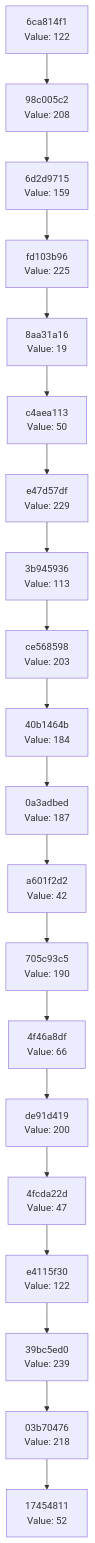
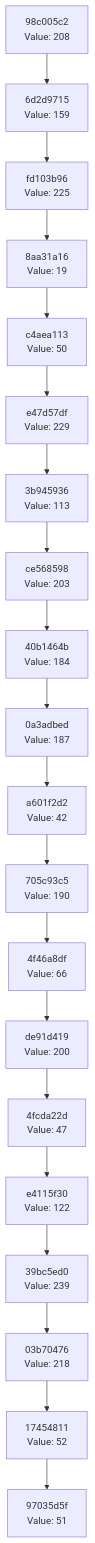
Before and after one commit to Abhisheksinha1506/hash-chain-evolver: the diagram in docs/CHAIN_VISUALIZATION.md, drawn with Mermaid. The commit also changed 2 other files, not shown here.

Commit message:
Evolution step: hash 0x33 → action executed

````diff
--- a/docs/CHAIN_VISUALIZATION.md
+++ b/docs/CHAIN_VISUALIZATION.md
@@ -3,42 +3,42 @@
 ```mermaid
 graph TD
-    C0["17454811<br/>Value: 52"]
-    C1["03b70476<br/>Value: 218"]
+    C0["97035d5f<br/>Value: 51"]
+    C1["17454811<br/>Value: 52"]
     C1 --> C0
-    C2["39bc5ed0<br/>Value: 239"]
+    C2["03b70476<br/>Value: 218"]
     C2 --> C1
-    C3["e4115f30<br/>Value: 122"]
+    C3["39bc5ed0<br/>Value: 239"]
     C3 --> C2
-    C4["4fcda22d<br/>Value: 47"]
+    C4["e4115f30<br/>Value: 122"]
     C4 --> C3
-    C5["de91d419<br/>Value: 200"]
+    C5["4fcda22d<br/>Value: 47"]
     C5 --> C4
-    C6["4f46a8df<br/>Value: 66"]
+    C6["de91d419<br/>Value: 200"]
     C6 --> C5
-    C7["705c93c5<br/>Value: 190"]
+    C7["4f46a8df<br/>Value: 66"]
     C7 --> C6
-    C8["a601f2d2<br/>Value: 42"]
+    C8["705c93c5<br/>Value: 190"]
     C8 --> C7
-    C9["0a3adbed<br/>Value: 187"]
+    C9["a601f2d2<br/>Value: 42"]
     C9 --> C8
-    C10["40b1464b<br/>Value: 184"]
+    C10["0a3adbed<br/>Value: 187"]
     C10 --> C9
-    C11["ce568598<br/>Value: 203"]
+    C11["40b1464b<br/>Value: 184"]
     C11 --> C10
-    C12["3b945936<br/>Value: 113"]
+    C12["ce568598<br/>Value: 203"]
     C12 --> C11
-    C13["e47d57df<br/>Value: 229"]
+    C13["3b945936<br/>Value: 113"]
     C13 --> C12
-    C14["c4aea113<br/>Value: 50"]
+    C14["e47d57df<br/>Value: 229"]
     C14 --> C13
-    C15["8aa31a16<br/>Value: 19"]
+    C15["c4aea113<br/>Value: 50"]
     C15 --> C14
-    C16["fd103b96<br/>Value: 225"]
+    C16["8aa31a16<br/>Value: 19"]
     C16 --> C15
-    C17["6d2d9715<br/>Value: 159"]
+    C17["fd103b96<br/>Value: 225"]
     C17 --> C16
-    C18["98c005c2<br/>Value: 208"]
+    C18["6d2d9715<br/>Value: 159"]
     C18 --> C17
-    C19["6ca814f1<br/>Value: 122"]
+    C19["98c005c2<br/>Value: 208"]
     C19 --> C18
 ```
````
